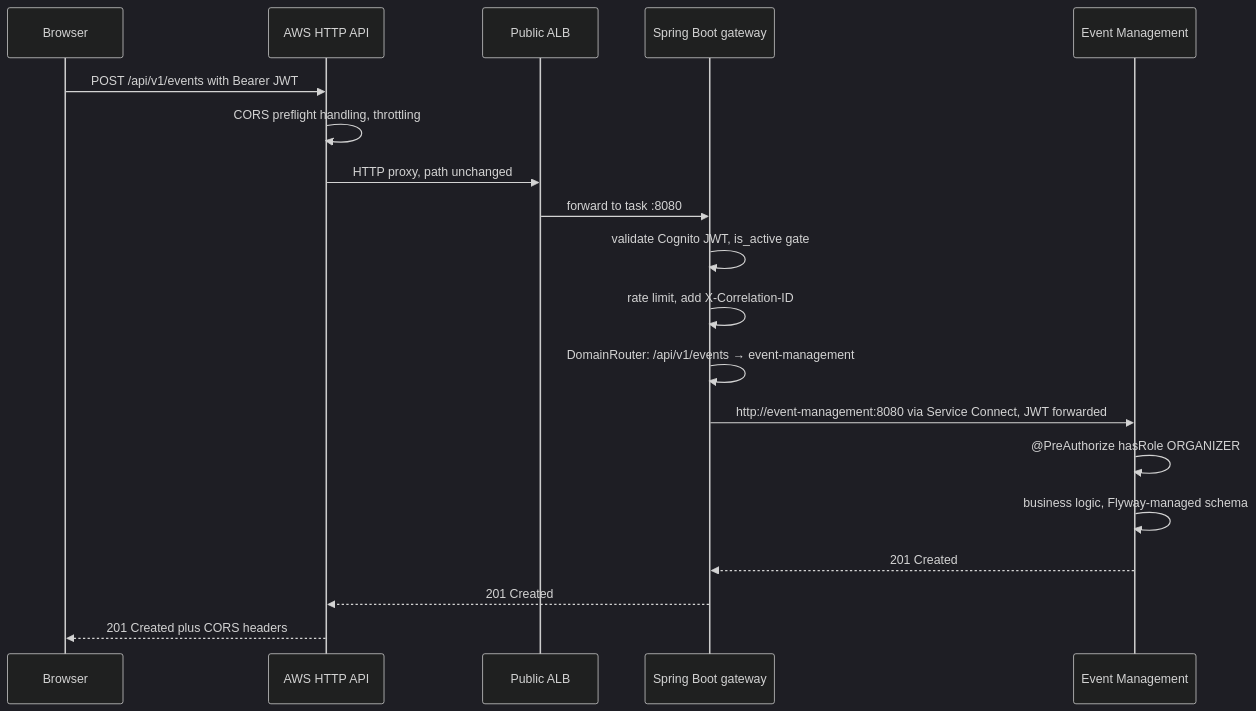
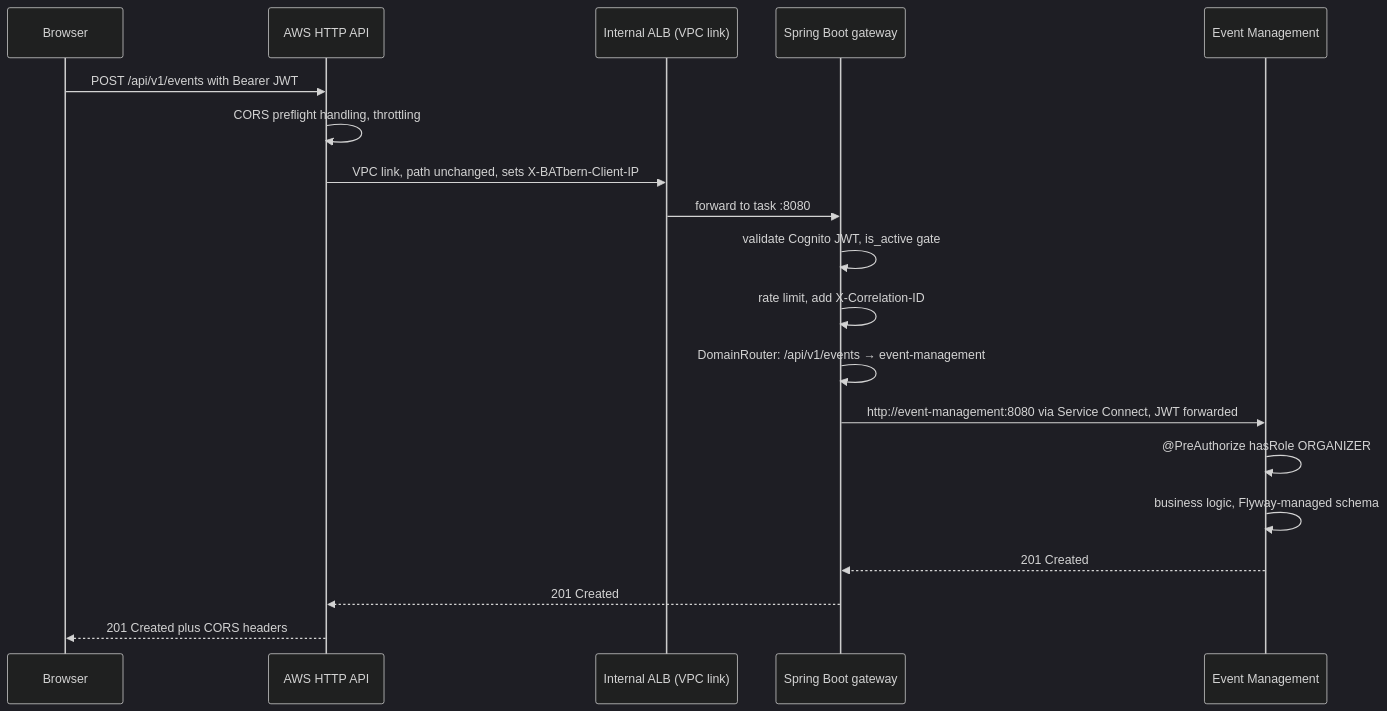
Before and after one commit to nissimbuchs/BATbern2: the tenth of 26 diagrams in docs/architecture/02-infrastructure-deployment.md, drawn with Mermaid (dark theme). The commit also changed other lines of this file and 6 other files, not shown here.

````diff
--- a/docs/architecture/02-infrastructure-deployment.md
+++ b/docs/architecture/02-infrastructure-deployment.md
@@ -580,22 +580,22 @@
 ```mermaid
 sequenceDiagram
     participant C as Browser
     participant AWS as AWS HTTP API
-    participant ALB as Public ALB
+    participant ALB as Internal ALB (VPC link)
     participant GW as Spring Boot gateway
     participant EM as Event Management
 
     C->>AWS: POST /api/v1/events with Bearer JWT
     AWS->>AWS: CORS preflight handling, throttling
-    AWS->>ALB: HTTP proxy, path unchanged
+    AWS->>ALB: VPC link, path unchanged, sets X-BATbern-Client-IP
     ALB->>GW: forward to task :8080
     GW->>GW: validate Cognito JWT, is_active gate
     GW->>GW: rate limit, add X-Correlation-ID
     GW->>GW: DomainRouter: /api/v1/events → event-management
     GW->>EM: http://event-management:8080 via Service Connect, JWT forwarded
     EM->>EM: @PreAuthorize hasRole ORGANIZER
     EM->>EM: business logic, Flyway-managed schema
     EM-->>GW: 201 Created
     GW-->>AWS: 201 Created
     AWS-->>C: 201 Created plus CORS headers
 ```
````
